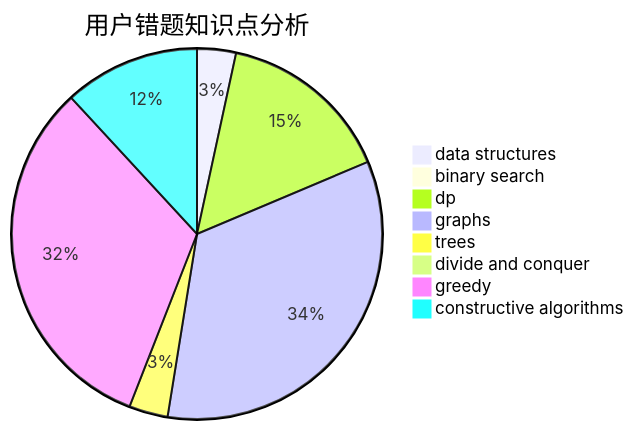
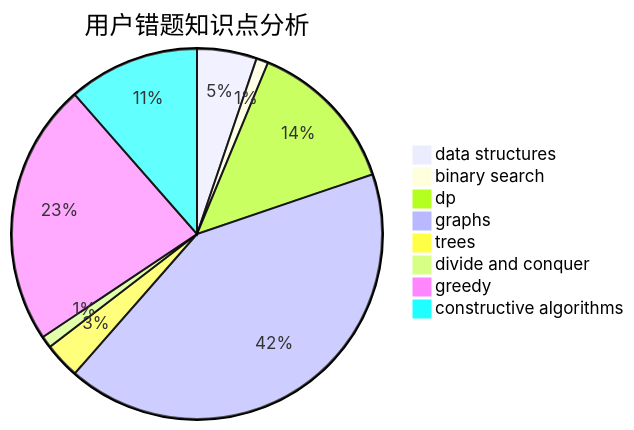
One commit to sherpahu/cfrs.github.io changed the third of 3 diagrams in docs/user/u2030.md. Above: the diagram before and after it, drawn with Mermaid. The commit also changed other lines of this file and 2770 other files, not shown here.

````diff
--- a/docs/user/u2030.md
+++ b/docs/user/u2030.md
@@ -36,11 +36,11 @@
 ```mermaid
 pie title 用户错题知识点分析
-    "data structures" :  2
-    "binary search" :  0
-    "dp" :  9
-    "graphs" :  20
-    "trees" :  2
-    "divide and conquer" :  0
-    "greedy" :  19
-    "constructive algorithms" :  7
+    "data structures" :  5
+    "binary search" :  1
+    "dp" :  13
+    "graphs" :  40
+    "trees" :  3
+    "divide and conquer" :  1
+    "greedy" :  22
+    "constructive algorithms" :  11
 ```
````
